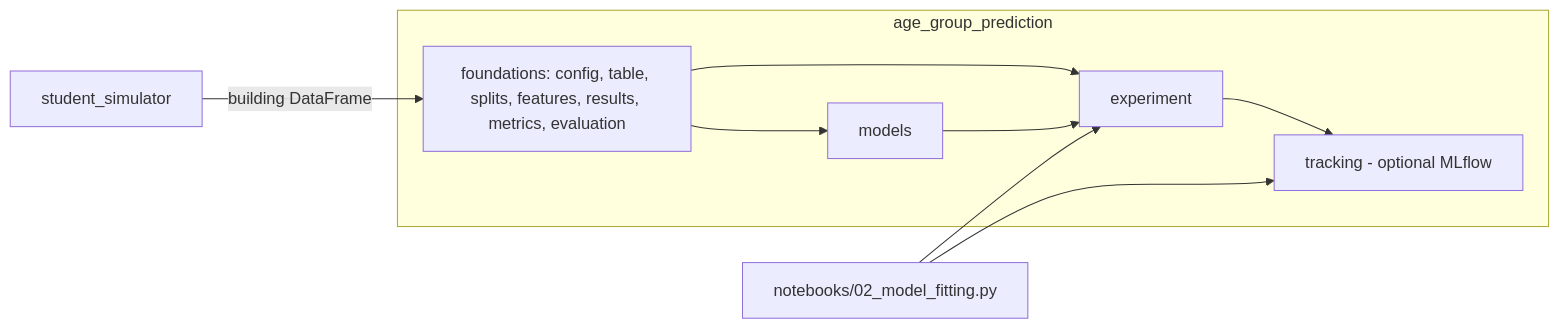
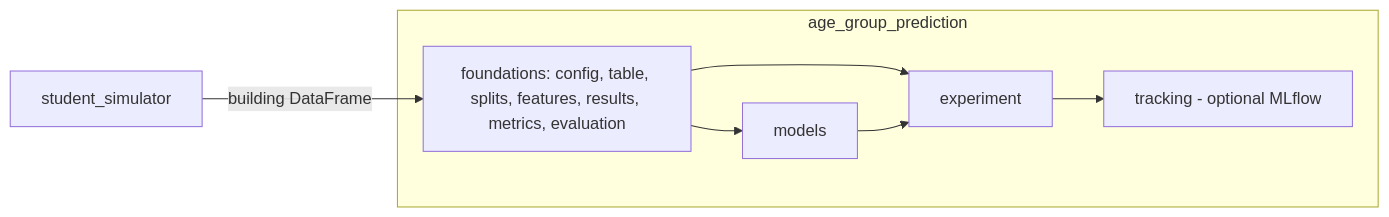
Before and after one commit to galkampel/age-group-prediction: the diagram in docs/MODULE_REFERENCE.md, drawn with Mermaid. The commit also changed other lines of this file and 11 other files, not shown here.

Commit message:
feat: experiment notebook data generation and settings cells; delete the old model-fitting notebook

````diff
--- a/docs/MODULE_REFERENCE.md
+++ b/docs/MODULE_REFERENCE.md
@@ -17,16 +17,14 @@
 ```mermaid
 flowchart LR
     SIM[student_simulator] -->|building DataFrame| FOUND
     subgraph AGP[age_group_prediction]
         FOUND[foundations: config, table, splits, features, results, metrics, evaluation]
         MODELS[models]
         EXP[experiment]
         TRACK[tracking - optional MLflow]
         FOUND --> MODELS
         FOUND --> EXP
         MODELS --> EXP
         EXP --> TRACK
     end
-    NB[notebooks/02_model_fitting.py] --> EXP
-    NB --> TRACK
 ```
````
